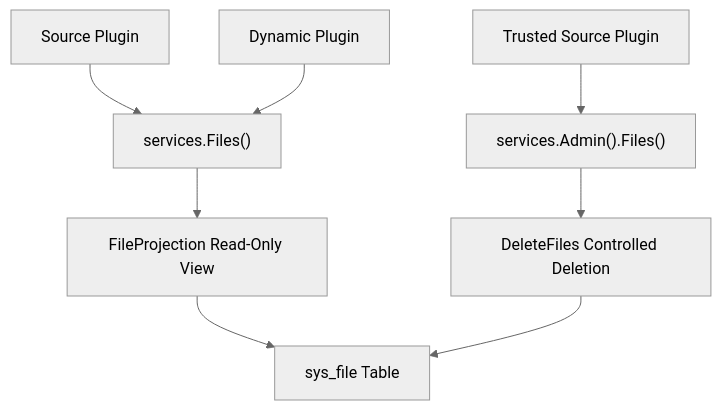
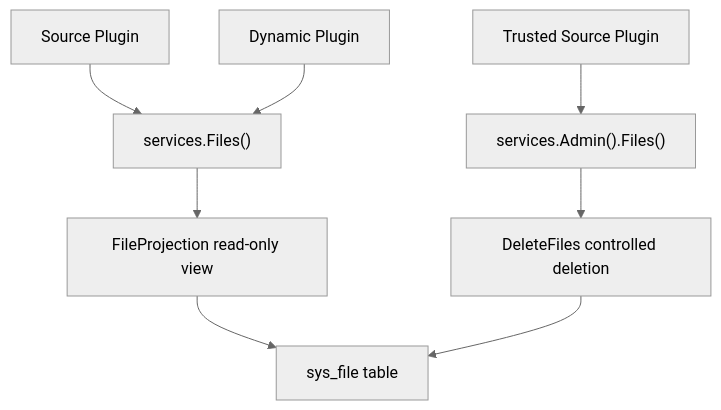
One commit to linaproai/linapro-site changed the diagram in apps/lina-site/i18n/en/docusaurus-plugin-content-docs/current/docs/3000-domain-capabilities/7100-files.md. Above: the diagram before and after it, drawn with Mermaid (neutral theme). The commit also changed other lines of this file and 56 other files, not shown here.

Commit message:
Refactor documentation for tenant and user capabilities; enhance clarity and consistency in descriptions, method names, and usage examples. Update overview and architecture sections for improved readability and coherence. Adjust demo instructions and project positioning for better user guidance.

````diff
--- a/apps/lina-site/i18n/en/docusaurus-plugin-content-docs/current/docs/3000-domain-capabilities/7100-files.md
+++ b/apps/lina-site/i18n/en/docusaurus-plugin-content-docs/current/docs/3000-domain-capabilities/7100-files.md
@@ -70,10 +70,10 @@
 ```mermaid
 graph TB
     Source["Source Plugin"] --> Files["services.Files()"]
     Dynamic["Dynamic Plugin"] --> Files
-    Files --> Projection["FileProjection Read-Only View"]
+    Files --> Projection["FileProjection read-only view"]
     Admin["Trusted Source Plugin"] --> AdminFiles["services.Admin().Files()"]
-    AdminFiles --> Delete["DeleteFiles Controlled Deletion"]
-    Projection --> SysFile["sys_file Table"]
+    AdminFiles --> Delete["DeleteFiles controlled deletion"]
+    Projection --> SysFile["sys_file table"]
     Delete --> SysFile
 ```
````
